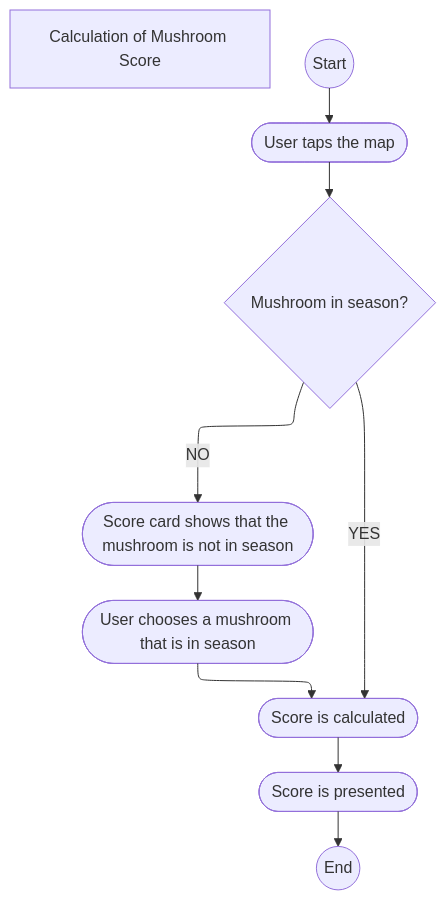
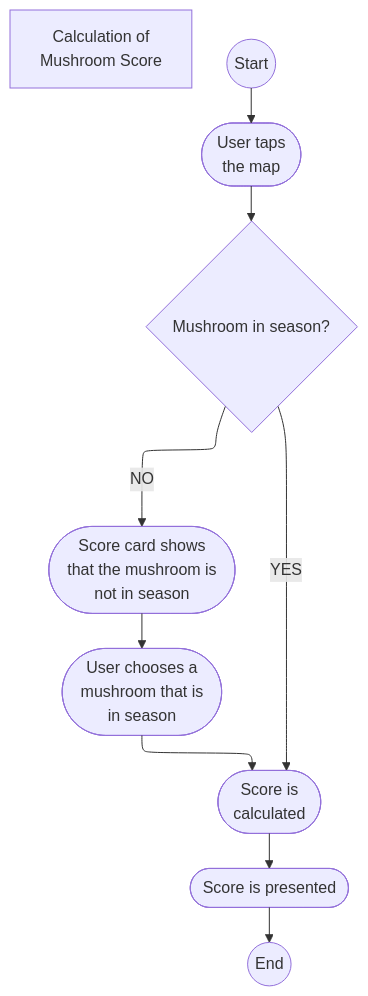
The fourth of 6 diagrams in MODELLING.md (ipo321/SoppFinnerApp), drawn with Mermaid before and after one commit. The commit also changed other lines of this file, not shown here.

````diff
--- a/MODELLING.md
+++ b/MODELLING.md
@@ -445,34 +448,34 @@
 ```mermaid
 ---
 config:
   layout: elk
 ---
 flowchart TD
-    title["Calculation of Mushroom Score"]
+    title["Calculation of <br>Mushroom Score"]
 
 
     start((Start))
 
 
-    taps([User taps the map])
-    calculate([Score is calculated])
+    taps([User taps <br>the map])
+    calculate([Score is <br>calculated])
     present([Score is presented])
-    message([Score card shows that the mushroom is not in season])
-    change([User chooses a mushroom that is in season])
+    message([Score card shows <br>that the mushroom is <br>not in season])
+    change([User chooses a <br>mushroom that is <br>in season])
 
 
     inSeason{Mushroom in season?}
 
 
     ending((End))
 
 
     start --> taps
     taps --> inSeason
     inSeason --YES--> calculate
     inSeason --NO--> message
     message --> change
     change --> calculate
     calculate --> present
     present --> ending
 ```
````
